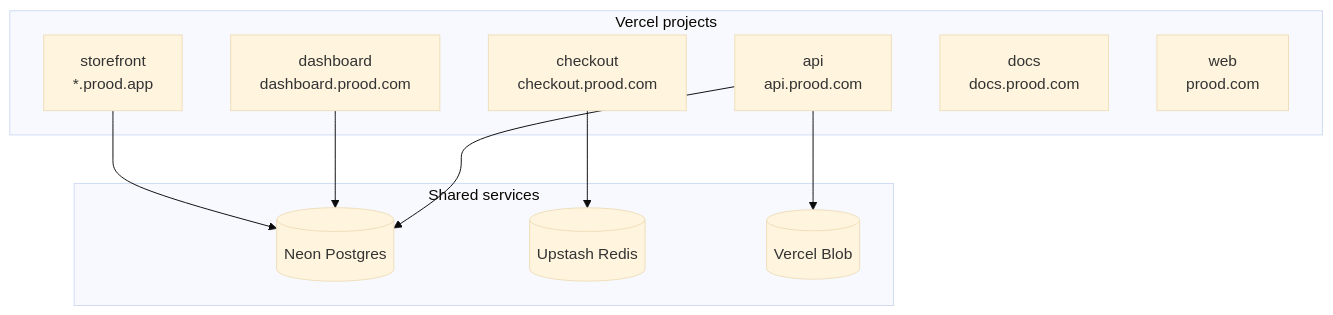
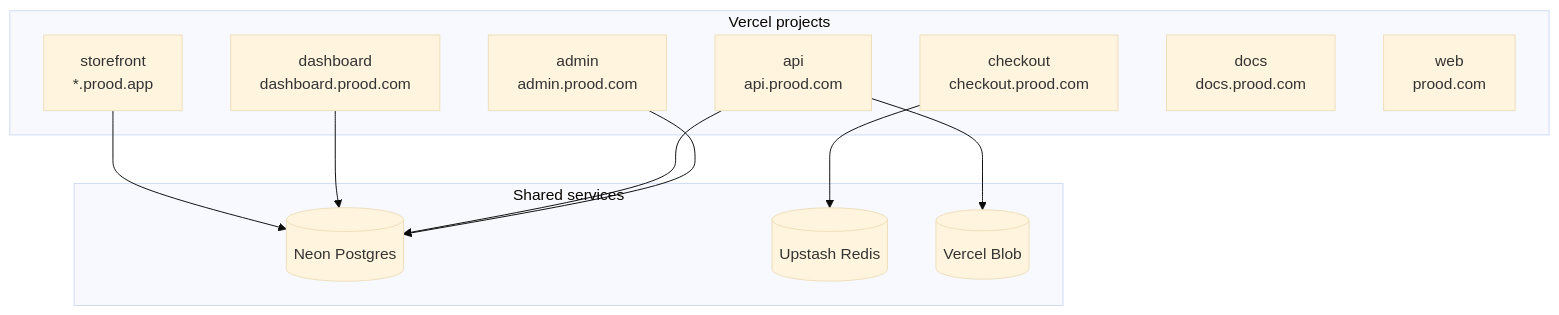
Before and after one commit to rodrigobarona/prood-commerce-platform: the diagram in apps/docs/content/docs/guides/deployment.mdx, drawn with Mermaid (base theme). The commit also changed other lines of this file and 48 other files, not shown here.

````diff
--- a/apps/docs/content/docs/guides/deployment.mdx
+++ b/apps/docs/content/docs/guides/deployment.mdx
@@ -24,23 +25,25 @@
 ```mermaid
 flowchart TB
   subgraph vercel [Vercel projects]
     SF[storefront<br/>*.prood.app]
     DB[dashboard<br/>dashboard.prood.com]
     CHK[checkout<br/>checkout.prood.com]
     API[api<br/>api.prood.com]
+    ADMIN[admin<br/>admin.prood.com]
     DOCS[docs<br/>docs.prood.com]
     WEB[web<br/>prood.com]
   end
 
   subgraph shared [Shared services]
     NEON[(Neon Postgres)]
     REDIS[(Upstash Redis)]
     BLOB[(Vercel Blob)]
   end
 
   SF --> NEON
   DB --> NEON
   API --> NEON
+  ADMIN --> NEON
   CHK --> REDIS
   API --> BLOB
 ```
````
